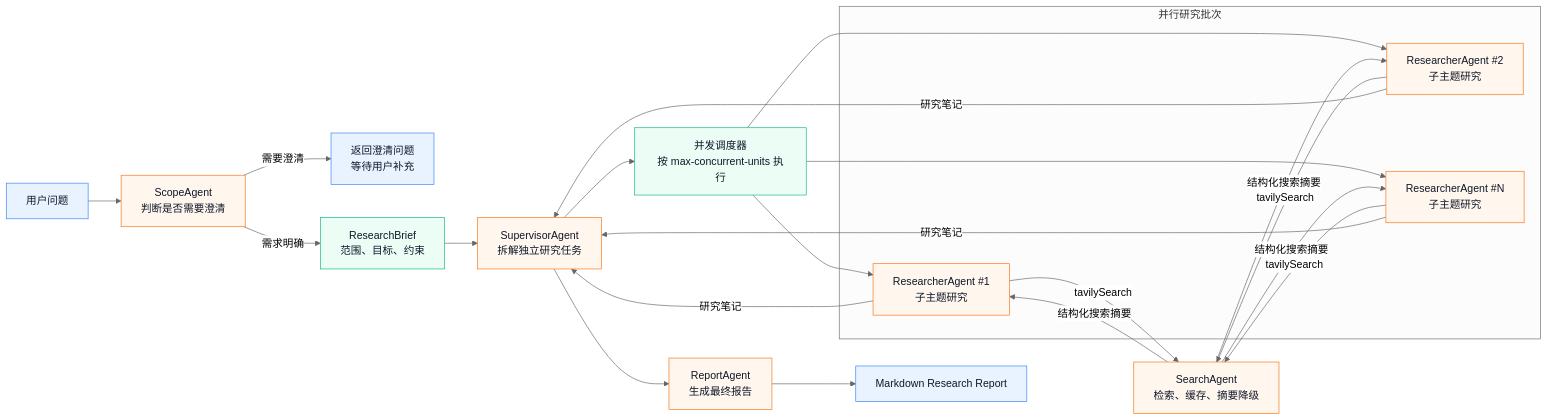
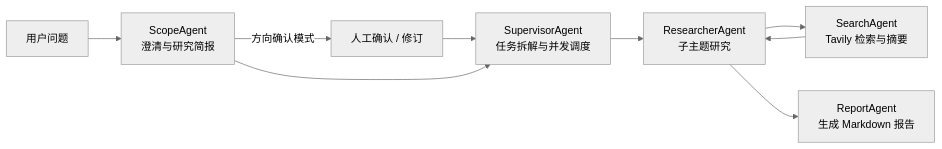
Before and after one commit to haotangyuan/deep-research: the diagram in README.md, drawn with Mermaid (neutral theme). The commit also changed other lines of this file and 86 other files, not shown here.

````diff
--- a/README.md
+++ b/README.md
@@ -90,34 +35,11 @@
 ```mermaid
 flowchart LR
-    classDef agent fill:#FFF7ED,stroke:#F97316,color:#0F172A
-    classDef data fill:#ECFDF5,stroke:#10B981,color:#0F172A
-    classDef output fill:#E8F3FF,stroke:#3B82F6,color:#0F172A
-
-    User["用户问题"]:::output --> Scope["ScopeAgent<br/>判断是否需要澄清"]:::agent
-    Scope -->|"需要澄清"| Clarify["返回澄清问题<br/>等待用户补充"]:::output
-    Scope -->|"需求明确"| Brief["ResearchBrief<br/>范围、目标、约束"]:::data
-
-    Brief --> Supervisor["SupervisorAgent<br/>拆解独立研究任务"]:::agent
-    Supervisor --> Scheduler["并发调度器<br/>按 max-concurrent-units 执行"]:::data
-
-    subgraph Parallel["并行研究批次"]
-        R1["ResearcherAgent #1<br/>子主题研究"]:::agent
-        R2["ResearcherAgent #2<br/>子主题研究"]:::agent
-        Rn["ResearcherAgent #N<br/>子主题研究"]:::agent
-    end
-
-    Scheduler --> R1
-    Scheduler --> R2
-    Scheduler --> Rn
-    R1 -->|"tavilySearch"| Search["SearchAgent<br/>检索、缓存、摘要降级"]:::agent
-    R2 -->|"tavilySearch"| Search
-    Rn -->|"tavilySearch"| Search
-    Search -->|"结构化搜索摘要"| R1
-    Search -->|"结构化搜索摘要"| R2
-    Search -->|"结构化搜索摘要"| Rn
-    R1 -->|"研究笔记"| Supervisor
-    R2 -->|"研究笔记"| Supervisor
-    Rn -->|"研究笔记"| Supervisor
-    Supervisor --> Report["ReportAgent<br/>生成最终报告"]:::agent
-    Report --> Final["Markdown Research Report"]:::output
+    User["用户问题"] --> Scope["ScopeAgent<br/>澄清与研究简报"]
+    Scope -->|"方向确认模式"| HITL["人工确认 / 修订"]
+    HITL --> Supervisor
+    Scope --> Supervisor["SupervisorAgent<br/>任务拆解与并发调度"]
+    Supervisor --> Researcher["ResearcherAgent<br/>子主题研究"]
+    Researcher --> Search["SearchAgent<br/>Tavily 检索与摘要"]
+    Search --> Researcher
+    Researcher --> Report["ReportAgent<br/>生成 Markdown 报告"]
 ```
````
